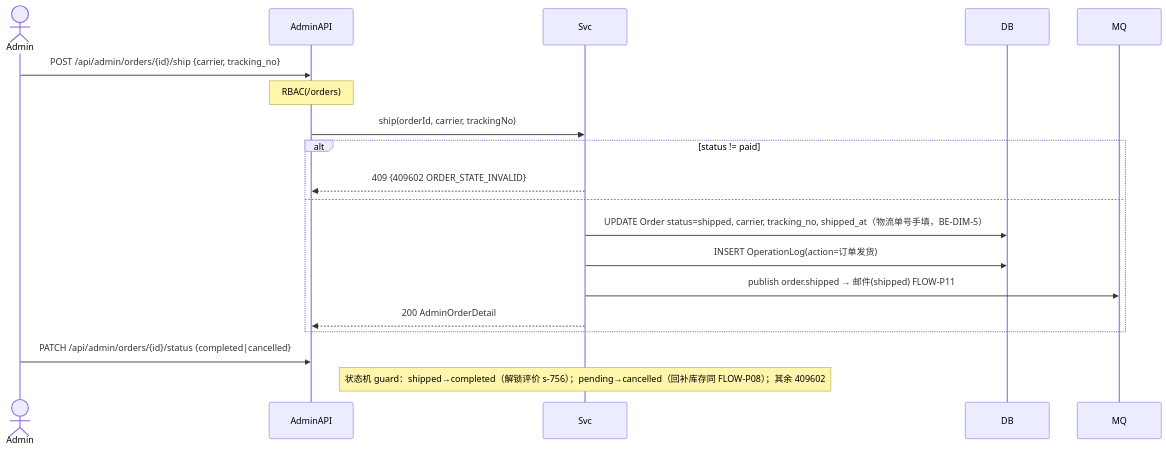
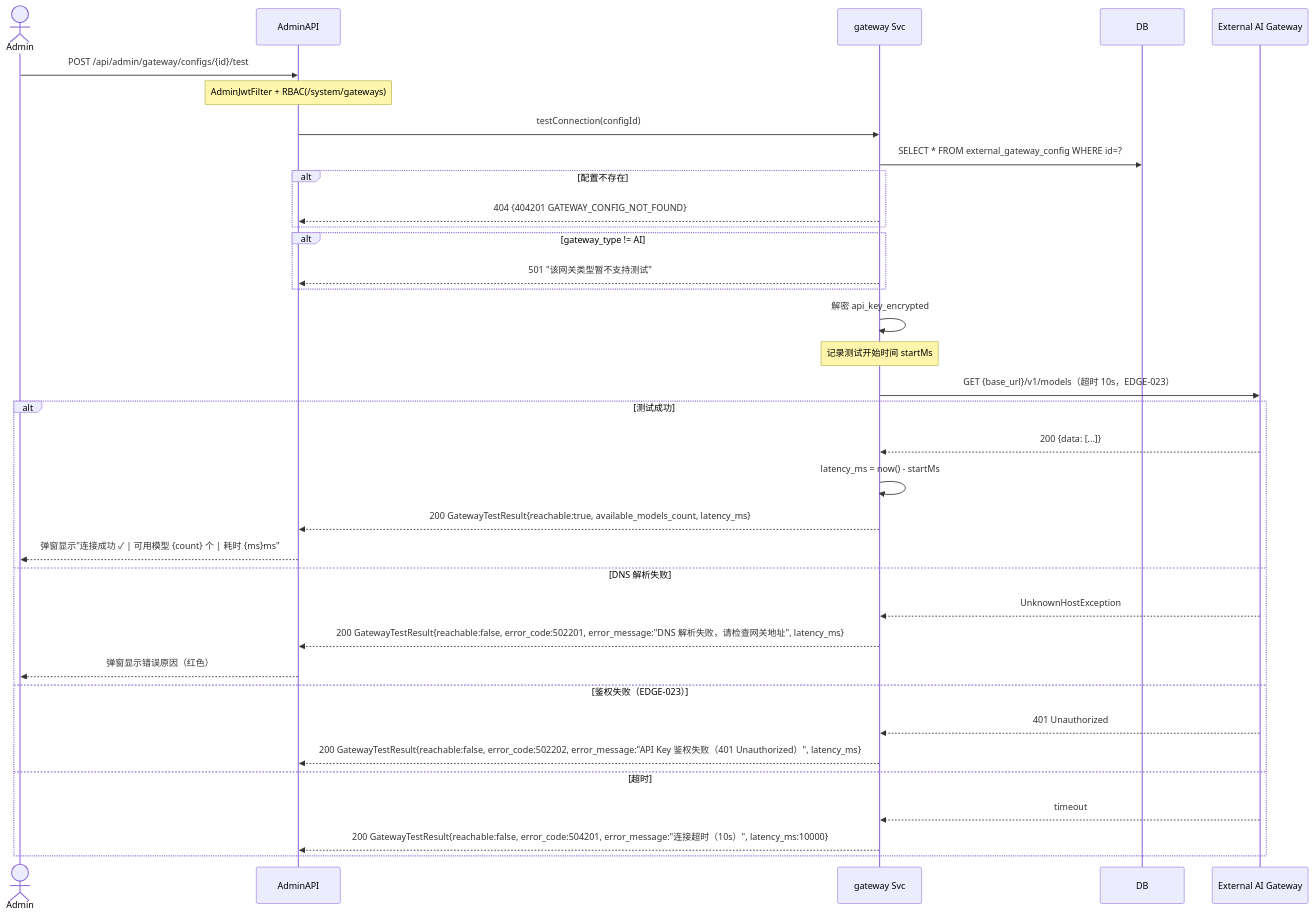
Before and after one commit to hptec/dreamy: the fourth of 9 diagrams in hhspec/specs/architecture/data-flow.md, drawn with Mermaid. The commit also changed other lines of this file and 249 other files, not shown here.

````diff
--- a/hhspec/specs/architecture/data-flow.md
+++ b/hhspec/specs/architecture/data-flow.md
@@ -367,23 +223,42 @@
 ```mermaid
 sequenceDiagram
     actor Admin
     participant AdminAPI
-    participant Svc
+    participant Svc as gateway Svc
     participant DB
-    participant MQ
+    participant Gateway as External AI Gateway
 
-    Admin->>AdminAPI: POST /api/admin/orders/{id}/ship {carrier, tracking_no}
-    Note over AdminAPI: RBAC(/orders)
-    AdminAPI->>Svc: ship(orderId, carrier, trackingNo)
-    alt status != paid
-        Svc-->>AdminAPI: 409 {409602 ORDER_STATE_INVALID}
-    else
-        Svc->>DB: UPDATE Order status=shipped, carrier, tracking_no, shipped_at（物流单号手填，BE-DIM-5）
-        Svc->>DB: INSERT OperationLog(action=订单发货)
-        Svc->>MQ: publish order.shipped → 邮件(shipped) FLOW-P11
-        Svc-->>AdminAPI: 200 AdminOrderDetail
+    Admin->>AdminAPI: POST /api/admin/gateway/configs/{id}/test
+    Note over AdminAPI: AdminJwtFilter + RBAC(/system/gateways)
+    AdminAPI->>Svc: testConnection(configId)
+    
+    Svc->>DB: SELECT * FROM external_gateway_config WHERE id=?
+    alt 配置不存在
+        Svc-->>AdminAPI: 404 {404201 GATEWAY_CONFIG_NOT_FOUND}
     end
-
-    Admin->>AdminAPI: PATCH /api/admin/orders/{id}/status {completed|cancelled}
-    Note over Svc: 状态机 guard：shipped→completed（解锁评价 s-756）；pending→cancelled（回补库存同 FLOW-P08）；其余 409602
+    
+    alt gateway_type != AI
+        Svc-->>AdminAPI: 501 "该网关类型暂不支持测试"
+    end
+    
+    Svc->>Svc: 解密 api_key_encrypted
+    Note over Svc: 记录测试开始时间 startMs
+    Svc->>Gateway: GET {base_url}/v1/models（超时 10s，EDGE-023）
+    
+    alt 测试成功
+        Gateway-->>Svc: 200 {data: [...]}
+        Svc->>Svc: latency_ms = now() - startMs
+        Svc-->>AdminAPI: 200 GatewayTestResult{reachable:true, available_models_count, latency_ms}
+        AdminAPI-->>Admin: 弹窗显示"连接成功 ✓ | 可用模型 {count} 个 | 耗时 {ms}ms"
+    else DNS 解析失败
+        Gateway-->>Svc: UnknownHostException
+        Svc-->>AdminAPI: 200 GatewayTestResult{reachable:false, error_code:502201, error_message:"DNS 解析失败，请检查网关地址", latency_ms}
+        AdminAPI-->>Admin: 弹窗显示错误原因（红色）
+    else 鉴权失败（EDGE-023）
+        Gateway-->>Svc: 401 Unauthorized
+        Svc-->>AdminAPI: 200 GatewayTestResult{reachable:false, error_code:502202, error_message:"API Key 鉴权失败（401 Unauthorized）", latency_ms}
+    else 超时
+        Gateway-->>Svc: timeout
+        Svc-->>AdminAPI: 200 GatewayTestResult{reachable:false, error_code:504201, error_message:"连接超时（10s）", latency_ms:10000}
+    end
 ```
````
